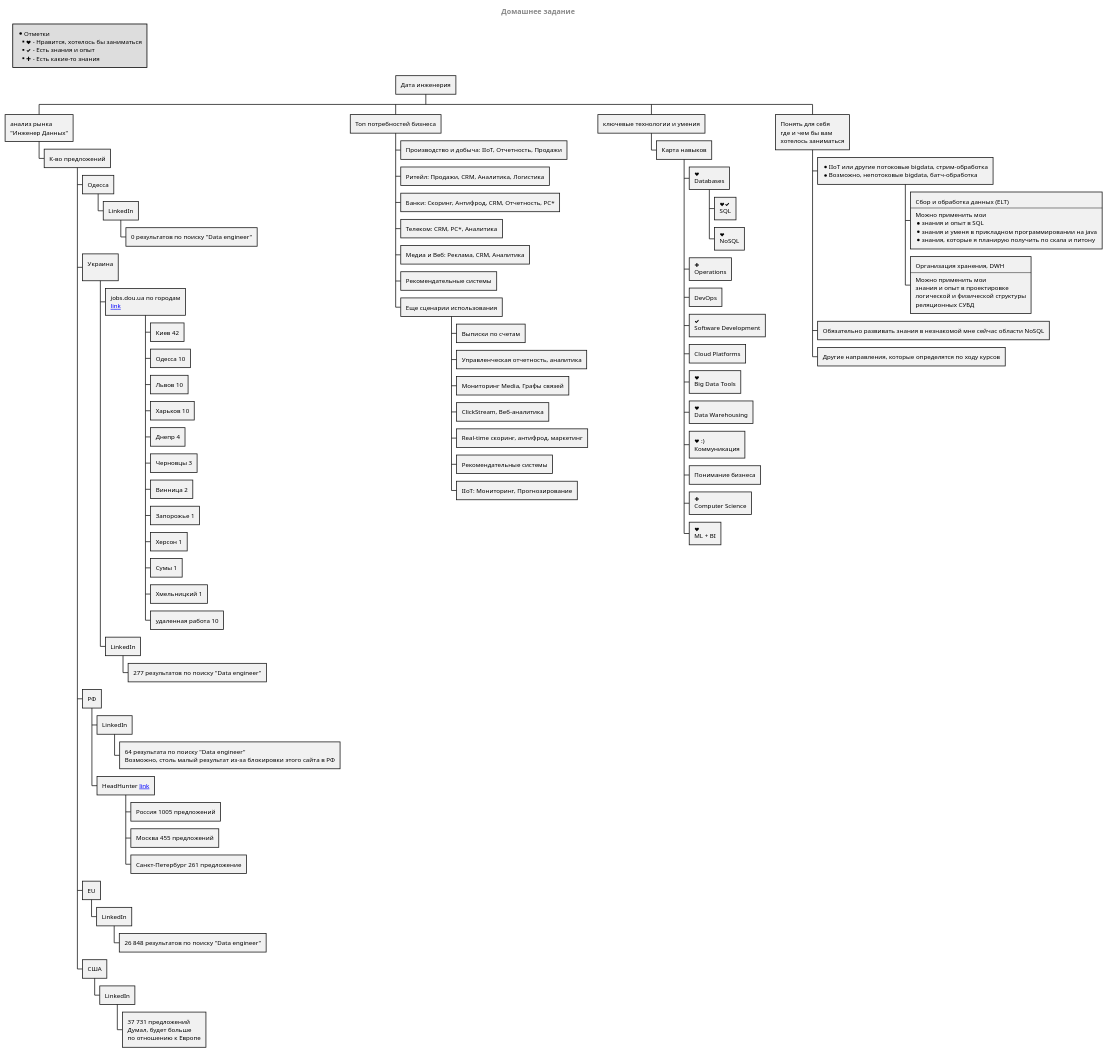
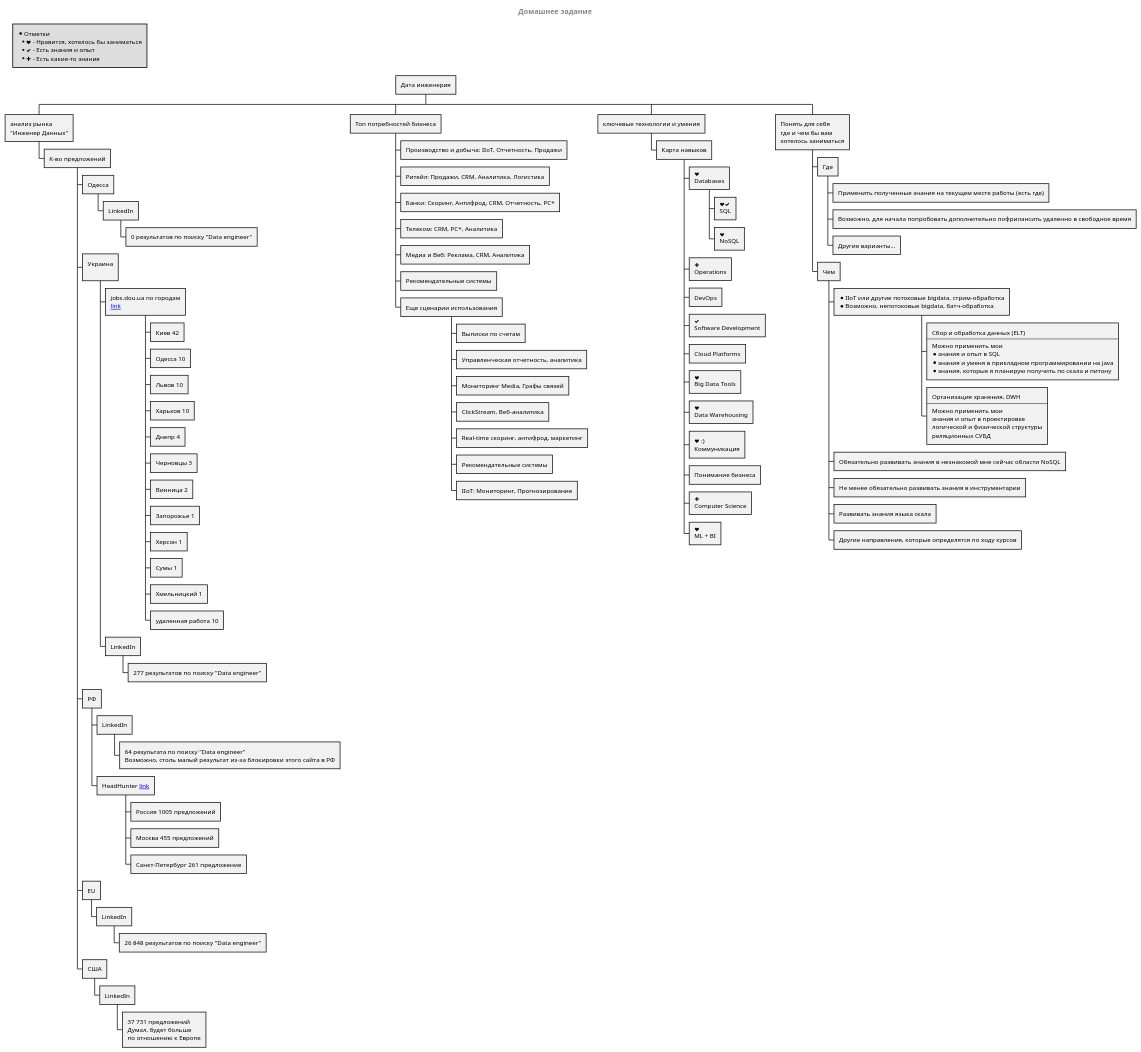
One commit to tol2000/dataengineerclub changed the diagram in home_exercises/ex1/diagram1.puml. Above: the diagram before and after it, drawn with PlantUML. The commit also changed 1 other file, not shown here.

```diff
--- a/home_exercises/ex1/diagram1.puml
+++ b/home_exercises/ex1/diagram1.puml
@@ -1,90 +1,97 @@
 @startwbs
 
 centerheader
 = Домашнее задание
 endheader
 
 legend top left
 * Отметки
 ** <&heart> - Нравится, хотелось бы заниматься
 ** <&check> - Есть знания и опыт
 ** <&plus> - Есть какие-то знания
 endlegend
 
 * Дата инженерия
 
 ** анализ рынка\n"Инженер Данных"
 *** К-во предложений
 **** Одесса
 ***** LinkedIn
 ****** 0 результатов по поиску "Data engineer"
 **** Украина\n
 ***** jobs.dou.ua по городам\n[[link:https://jobs.dou.ua/vacancies/?category=Data+Science&search=Data+engineer&descr=1 link]]
 ****** Киев 42
 ****** Одесса 10
 ****** Львов 10
 ****** Харьков 10
 ****** Днепр 4
 ****** Черновцы 3
 ****** Винница 2
 ****** Запорожье 1
 ****** Херсон 1
 ****** Сумы 1
 ****** Хмельницкий 1
 ****** удаленная работа 10
 ***** LinkedIn
 ****** 277 результатов по поиску "Data engineer"
 **** РФ
 ***** LinkedIn
 ******  64 результата по поиску "Data engineer"\nВозможно, столь малый результат из-за блокировки этого сайта в РФ
 ***** HeadHunter [[https://hh.ru/search/vacancy?area=1&st=searchVacancy&text=Data+engineer link]]
 ****** Россия 1005 предложений
 ****** Москва 455 предложений
 ****** Санкт-Петербург 261 предложение
 **** EU
 ***** LinkedIn
 ****** 26 848 результатов по поиску "Data engineer"
 **** США
 ***** LinkedIn
 ****** 37 731 предложений\nДумал, будет больше\nпо отношению к Европе
 
 ** Топ потребностей бизнеса
 *** Производство и добыча: IIoT, Отчетность, Продажи
 *** Ритейл: Продажи, CRM, Аналитика, Логистика
 *** Банки: Скоринг, Антифрод, CRM, Отчетность, РС*
 *** Телеком: CRM, РС*, Аналитика
 *** Медиа и Веб: Реклама, CRM, Аналитика
 *** Рекомендательные системы
 *** Еще сценарии использования
 **** Выписки по счетам
 **** Управленческая отчетность, аналитика
 **** Мониторинг Media, Графы связей
 **** ClickStream, Веб-аналитика
 **** Real-time скоринг, антифрод, маркетинг
 **** Рекомендательные системы
 **** IIoT: Мониторинг, Прогнозирование
 
 ** ключевые технологии и умения
 *** Карта навыков
 **** <&heart>\nDatabases
 ***** <&heart><&check>\nSQL
 ***** <&heart>\nNoSQL
 **** <&plus>\nOperations
 **** DevOps
 **** <&check>\nSoftware Development
 **** Cloud Platforms
 **** <&heart>\nBig Data Tools
 **** <&heart>\nData Warehousing
 **** <&heart> :)\nКоммуникация
 **** Понимание бизнеса
 **** <&plus>\nComputer Science
 **** <&heart>\nML + BI
 
 ** Понять для себя\nгде и чем бы вам\nхотелось заниматься
-*** * IIoT или другие потоковые bigdata, стрим-обработка\n* Возможно, непотоковые bigdata, батч-обработка
-**** Cбор и обработка данных (ELT)\n----\nМожно применить мои\n* знания и опыт в SQL\n* знания и уменя в прикладном программировании на java\n* знания, которые я планирую получить по скала и питону
-**** Организация хранения, DWH\n----\nМожно применить мои\nзнания и опыт в проектировке\nлогической и физической структуры\nреляционных СУБД
-*** Обязательно развивать знания в незнакомой мне сейчас области NoSQL
-*** Другие направления, которые определятся по ходу курсов
+*** Где
+**** Применить полученные знания на текущем месте работы (есть где)
+**** Возможно, для начала попробовать дополнительно пофрилансить удаленно в свободное время
+**** Другие варианты...
+*** Чем
+**** * IIoT или другие потоковые bigdata, стрим-обработка\n* Возможно, непотоковые bigdata, батч-обработка
+***** Cбор и обработка данных (ELT)\n----\nМожно применить мои\n* знания и опыт в SQL\n* знания и уменя в прикладном программировании на java\n* знания, которые я планирую получить по скала и питону
+***** Организация хранения, DWH\n----\nМожно применить мои\nзнания и опыт в проектировке\nлогической и физической структуры\nреляционных СУБД
+**** Обязательно развивать знания в незнакомой мне сейчас области NoSQL
+**** Не менее обязательно развивать знания в инструментарии
+**** Развивать знания языка скала
+**** Другие направления, которые определятся по ходу курсов
 
 @endwbs
```
